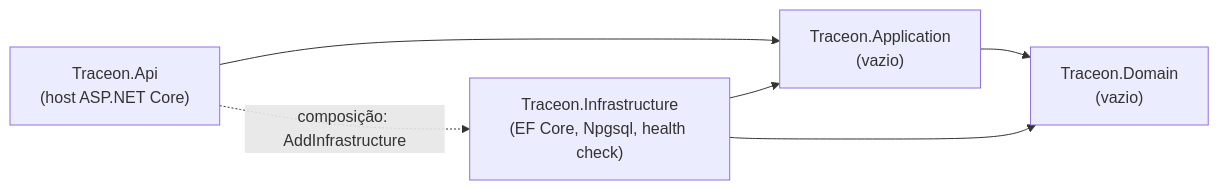
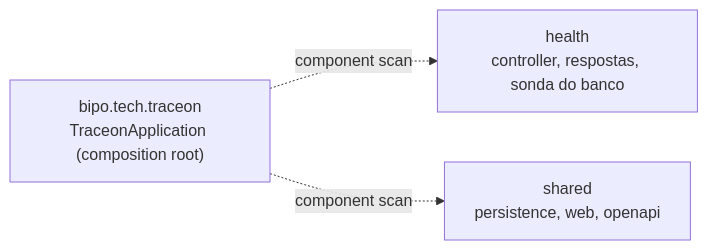
One commit to BipoXDXD/traceon changed the first of 2 diagrams in docs/architecture.md. Above: the diagram before and after it, drawn with Mermaid. The commit also changed other lines of this file and 90 other files, not shown here.

````diff
--- a/docs/architecture.md
+++ b/docs/architecture.md
@@ -13,8 +15,8 @@
 ```mermaid
 flowchart LR
-    Api["Traceon.Api<br/>(host ASP.NET Core)"] --> Application["Traceon.Application<br/>(vazio)"]
-    Api -. "composição: AddInfrastructure" .-> Infrastructure["Traceon.Infrastructure<br/>(EF Core, Npgsql, health check)"]
-    Infrastructure --> Application
-    Infrastructure --> Domain["Traceon.Domain<br/>(vazio)"]
-    Application --> Domain
+    Root["bipo.tech.traceon<br/>TraceonApplication (composition root)"]
+    Health["health<br/>controller, respostas, sonda do banco"]
+    Shared["shared<br/>persistence, web, openapi"]
+    Root -. "component scan" .-> Health
+    Root -. "component scan" .-> Shared
 ```
````
